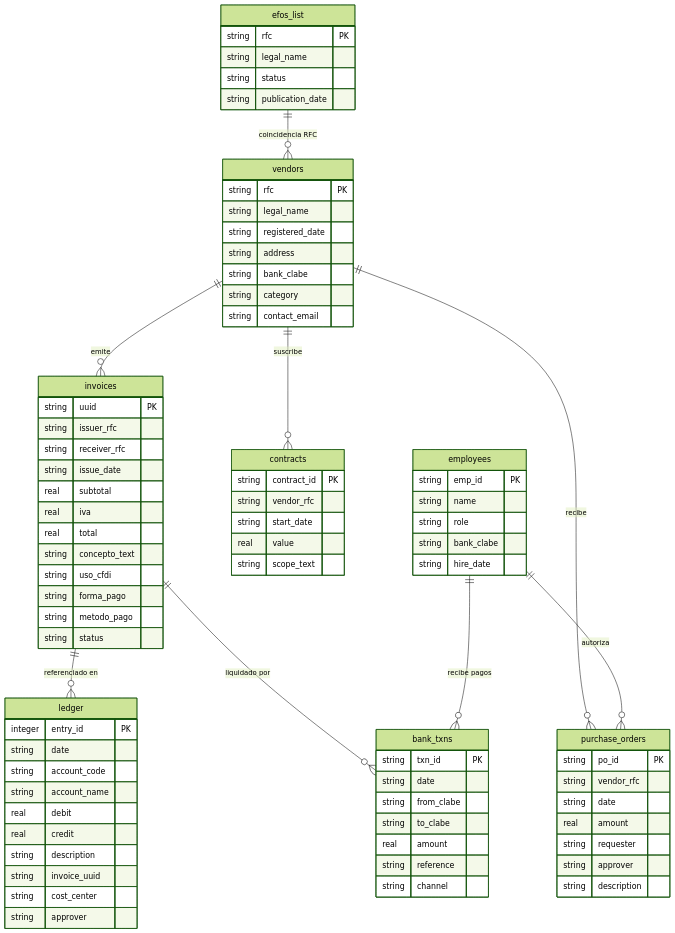
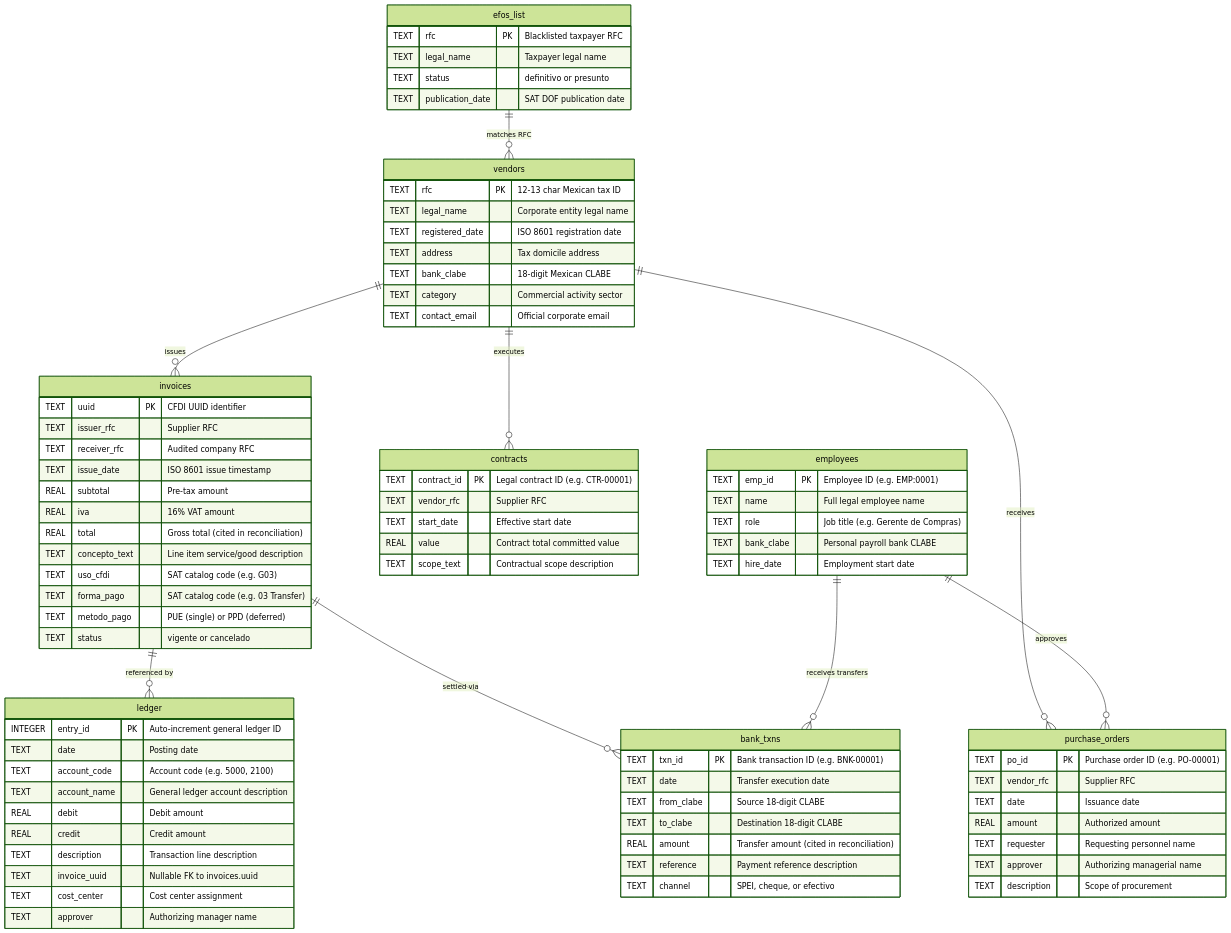
Before and after one commit to oscarvasquez28/HackMty2026-InfoSys: the second of 2 diagrams in doc/data-and-compliance/data_estate_seeder.md, drawn with Mermaid (forest theme). The commit also changed other lines of this file and 17 other files, not shown here.

````diff
--- a/doc/data-and-compliance/data_estate_seeder.md
+++ b/doc/data-and-compliance/data_estate_seeder.md
@@ -41,85 +67,92 @@
 ```mermaid
 erDiagram
-    vendors ||--o{ invoices : "emite"
-    vendors ||--o{ purchase_orders : "recibe"
-    vendors ||--o{ contracts : "suscribe"
-    invoices ||--o{ ledger : "referenciado en"
-    invoices ||--o{ bank_txns : "liquidado por"
-    employees ||--o{ purchase_orders : "autoriza"
-    employees ||--o{ bank_txns : "recibe pagos"
-    efos_list ||--o{ vendors : "coincidencia RFC"
+    vendors ||--o{ invoices : "issues"
+    vendors ||--o{ purchase_orders : "receives"
+    vendors ||--o{ contracts : "executes"
+    invoices ||--o{ ledger : "referenced by"
+    invoices ||--o{ bank_txns : "settled via"
+    employees ||--o{ purchase_orders : "approves"
+    employees ||--o{ bank_txns : "receives transfers"
+    efos_list ||--o{ vendors : "matches RFC"
 
     vendors {
-        string rfc PK
-        string legal_name
-        string registered_date
-        string address
-        string bank_clabe
-        string category
-        string contact_email
+        TEXT rfc PK "12-13 char Mexican tax ID"
+        TEXT legal_name "Corporate entity legal name"
+        TEXT registered_date "ISO 8601 registration date"
+        TEXT address "Tax domicile address"
+        TEXT bank_clabe "18-digit Mexican CLABE"
+        TEXT category "Commercial activity sector"
+        TEXT contact_email "Official corporate email"
     }
+
     invoices {
-        string uuid PK
-        string issuer_rfc
-        string receiver_rfc
-        string issue_date
-        real subtotal
-        real iva
-        real total
-        string concepto_text
-        string uso_cfdi
-        string forma_pago
-        string metodo_pago
-        string status
+        TEXT uuid PK "CFDI UUID identifier"
+        TEXT issuer_rfc "Supplier RFC"
+        TEXT receiver_rfc "Audited company RFC"
+        TEXT issue_date "ISO 8601 issue timestamp"
+        REAL subtotal "Pre-tax amount"
+        REAL iva "16% VAT amount"
+        REAL total "Gross total (cited in reconciliation)"
+        TEXT concepto_text "Line item service/good description"
+        TEXT uso_cfdi "SAT catalog code (e.g. G03)"
+        TEXT forma_pago "SAT catalog code (e.g. 03 Transfer)"
+        TEXT metodo_pago "PUE (single) or PPD (deferred)"
+        TEXT status "vigente or cancelado"
     }
+
     ledger {
-        integer entry_id PK
-        string date
-        string account_code
-        string account_name
-        real debit
-        real credit
-        string description
-        string invoice_uuid
-        string cost_center
-        string approver
+        INTEGER entry_id PK "Auto-increment general ledger ID"
+        TEXT date "Posting date"
+        TEXT account_code "Account code (e.g. 5000, 2100)"
+        TEXT account_name "General ledger account description"
+        REAL debit "Debit amount"
+        REAL credit "Credit amount"
+        TEXT description "Transaction line description"
+        TEXT invoice_uuid "Nullable FK to invoices.uuid"
+        TEXT cost_center "Cost center assignment"
+        TEXT approver "Authorizing manager name"
     }
+
     bank_txns {
-        string txn_id PK
-        string date
-        string from_clabe
-        string to_clabe
-        real amount
-        string reference
-        string channel
+        TEXT txn_id PK "Bank transaction ID (e.g. BNK-00001)"
+        TEXT date "Transfer execution date"
+        TEXT from_clabe "Source 18-digit CLABE"
+        TEXT to_clabe "Destination 18-digit CLABE"
+        REAL amount "Transfer amount (cited in reconciliation)"
+        TEXT reference "Payment reference description"
+        TEXT channel "SPEI, cheque, or efectivo"
     }
+
     purchase_orders {
-        string po_id PK
-        string vendor_rfc
-        string date
-        real amount
-        string requester
-        string approver
-        string description
+        TEXT po_id PK "Purchase order ID (e.g. PO-00001)"
+        TEXT vendor_rfc "Supplier RFC"
+        TEXT date "Issuance date"
+        REAL amount "Authorized amount"
+        TEXT requester "Requesting personnel name"
+        TEXT approver "Authorizing managerial name"
+        TEXT description "Scope of procurement"
     }
+
     contracts {
-        string contract_id PK
-        string vendor_rfc
-        string start_date
-        real value
-        string scope_text
+        TEXT contract_id PK "Legal contract ID (e.g. CTR-00001)"
+        TEXT vendor_rfc "Supplier RFC"
+        TEXT start_date "Effective start date"
+        REAL value "Contract total committed value"
+        TEXT scope_text "Contractual scope description"
     }
+
     employees {
-        string emp_id PK
-        string name
-        string role
-        string bank_clabe
-        string hire_date
+        TEXT emp_id PK "Employee ID (e.g. EMP:0001)"
+        TEXT name "Full legal employee name"
+        TEXT role "Job title (e.g. Gerente de Compras)"
+        TEXT bank_clabe "Personal payroll bank CLABE"
+        TEXT hire_date "Employment start date"
     }
+
     efos_list {
-        string rfc PK
-        string legal_name
-        string status
-        string publication_date
+        TEXT rfc PK "Blacklisted taxpayer RFC"
+        TEXT legal_name "Taxpayer legal name"
+        TEXT status "definitivo or presunto"
+        TEXT publication_date "SAT DOF publication date"
     }
 ```
````
